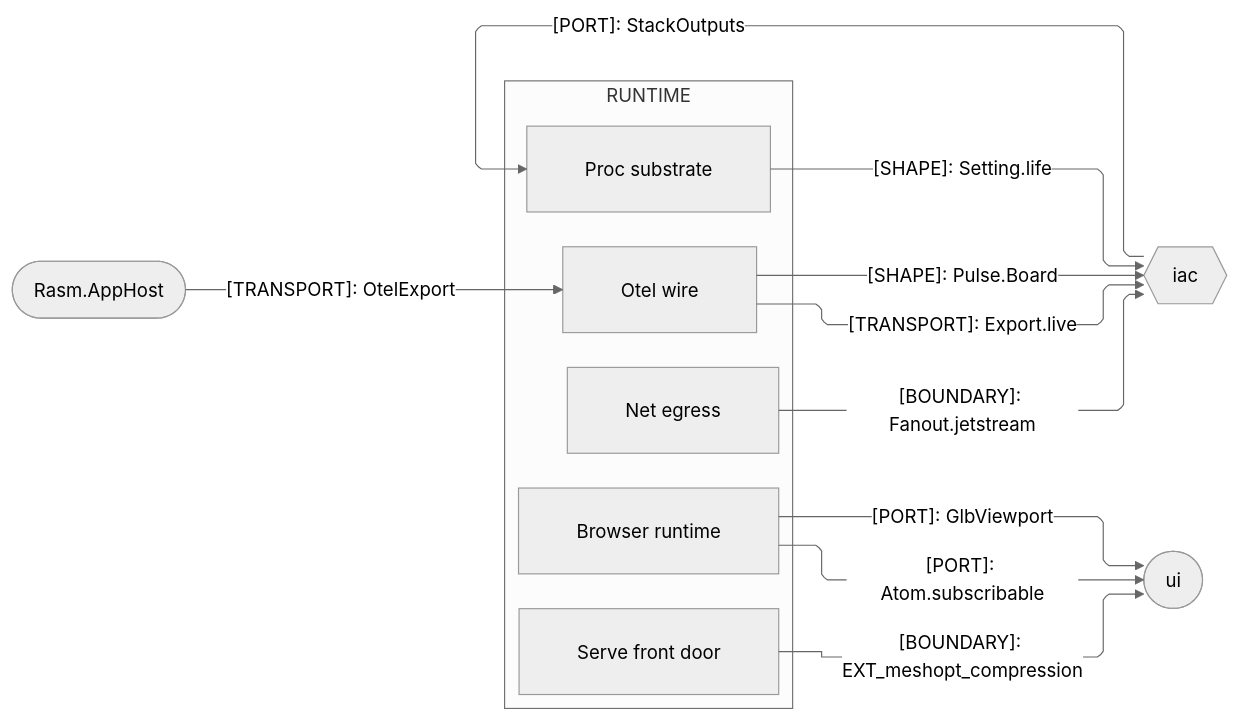
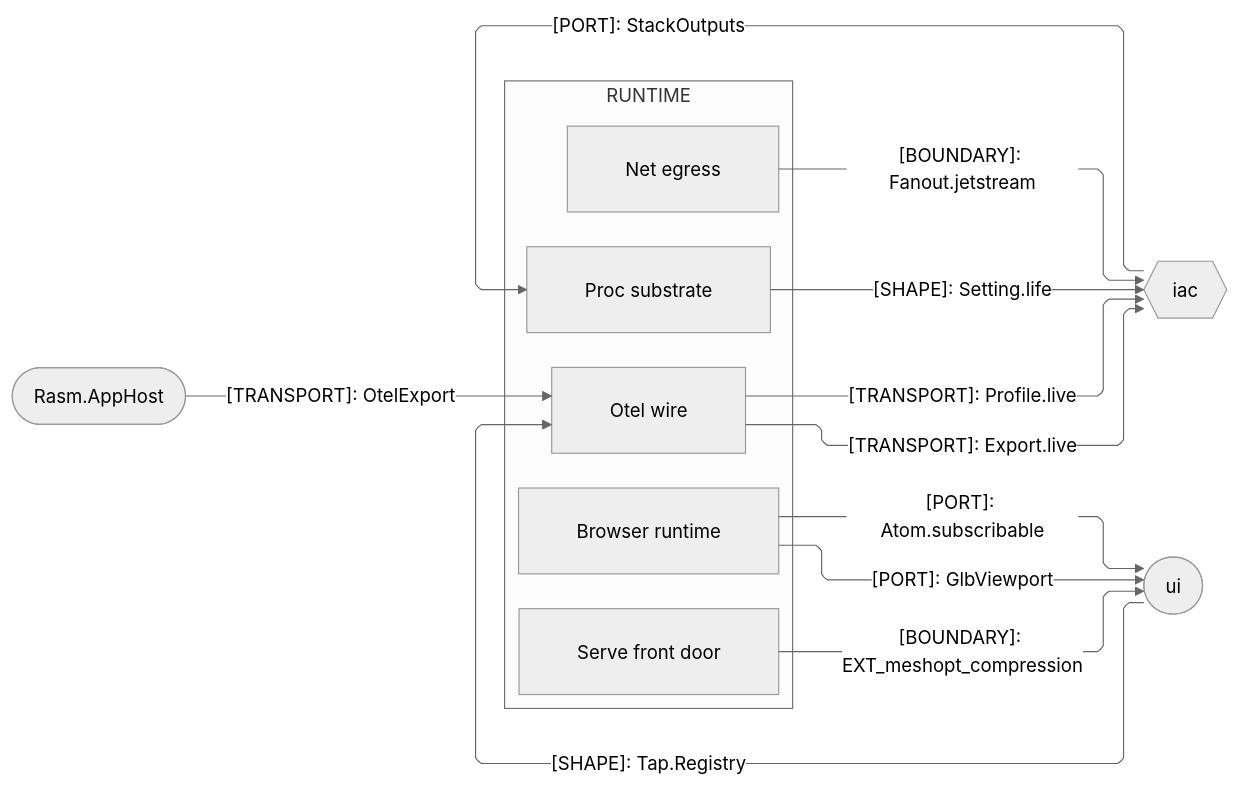
Before and after one commit to bsamiee/Rasm: the third of 3 diagrams in libs/typescript/runtime/ARCHITECTURE.md, drawn with Mermaid (neutral theme). The commit also changed other lines of this file and 124 other files, not shown here.

First line of the commit message:
planning registries: ARCHITECTURE/README/IDEAS/TASKLOG/RULINGS + csproj, campaign-method, CLAUDE.md

````diff
--- a/libs/typescript/runtime/ARCHITECTURE.md
+++ b/libs/typescript/runtime/ARCHITECTURE.md
@@ -149,31 +155,32 @@
 ```mermaid
 ---
 config:
   layout: elk
   flowchart:
     curve: linear
     padding: 25
 ---
 flowchart LR
     accTitle: Runtime platform and cross-runtime seam registry
-    accDescr: Runtime sub-domain owners exchanging settings, stack outputs, transcoder assets, subscribable planes, and OTLP telemetry with the iac and ui TypeScript peers and the Rasm.AppHost cross-runtime host, one edge per contract family mirrored at each counterpart.
+    accDescr: Runtime sub-domain owners exchanging settings, stack outputs, transcoder assets, subscribable planes, tap registries, and OTLP telemetry with the iac and ui TypeScript peers and the Rasm.AppHost cross-runtime host, one edge per contract family mirrored at each counterpart.
     subgraph runtime[RUNTIME]
         Otel[Otel wire]
         Proc[Proc substrate]
         Net[Net egress]
         Serve[Serve front door]
         Browser[Browser runtime]
     end
     AppHost([Rasm.AppHost])
     Iac{{iac}}
     Ui([ui])
     AppHost e1@-->|"[TRANSPORT]: OtelExport"| Otel
     Proc e2@-->|"[SHAPE]: Setting.life"| Iac
     Net e3@-->|"[BOUNDARY]: Fanout.jetstream"| Iac
     Iac e4@-->|"[PORT]: StackOutputs"| Proc
     Serve e5@-->|"[BOUNDARY]: EXT_meshopt_compression"| Ui
     Browser e6@-->|"[PORT]: Atom.subscribable"| Ui
     Browser e7@-->|"[PORT]: GlbViewport"| Ui
     Otel e8@-->|"[TRANSPORT]: Export.live"| Iac
-    Otel e9@-->|"[SHAPE]: Pulse.Board"| Iac
+    Ui e9@-->|"[SHAPE]: Tap.Registry"| Otel
+    Otel e10@-->|"[TRANSPORT]: Profile.live"| Iac
 ```
````
